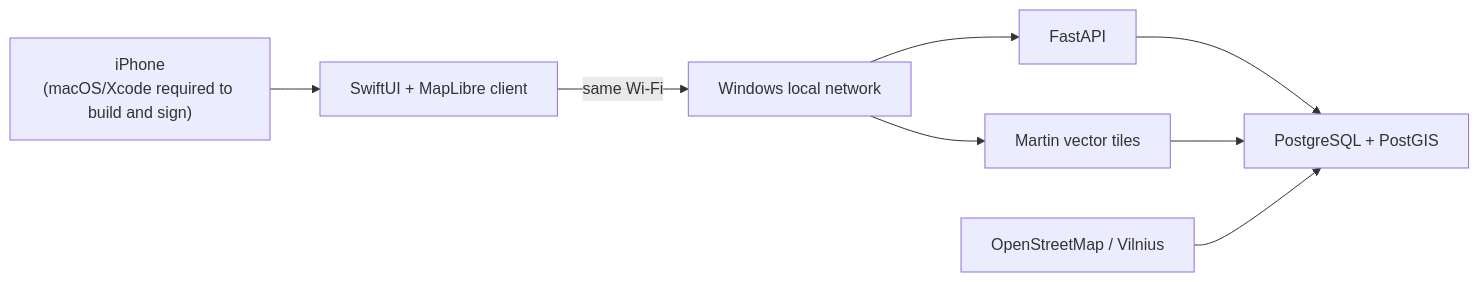
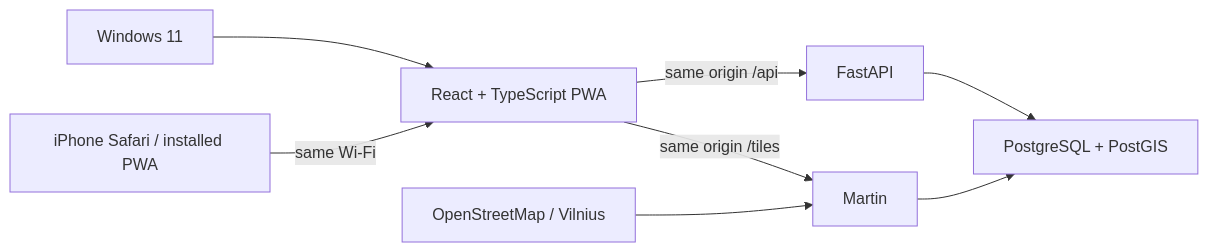
The diagram in README.md (Umar3331/Map), drawn with Mermaid before and after one commit. The commit also changed other lines of this file and 5 other files, not shown here.

Commit message:
docs: add iPhone PWA installation guide

````diff
--- a/README.md
+++ b/README.md
@@ -24,10 +24,10 @@
 ```mermaid
 flowchart LR
-    P["iPhone<br/>(macOS/Xcode required to build and sign)"] --> I["SwiftUI + MapLibre client"]
-    I -->|"same Wi-Fi"| W["Windows local network"]
-    W --> A["FastAPI"]
-    W --> T["Martin vector tiles"]
+    W["Windows 11"] --> P["React + TypeScript PWA"]
+    P -->|"same origin /api"| A["FastAPI"]
+    P -->|"same origin /tiles"| T["Martin"]
     A --> D["PostgreSQL + PostGIS"]
     T --> D
-    O["OpenStreetMap / Vilnius"] --> D
+    O["OpenStreetMap / Vilnius"] --> T
+    I["iPhone Safari / installed PWA"] -->|"same Wi-Fi"| P
 ```
````
